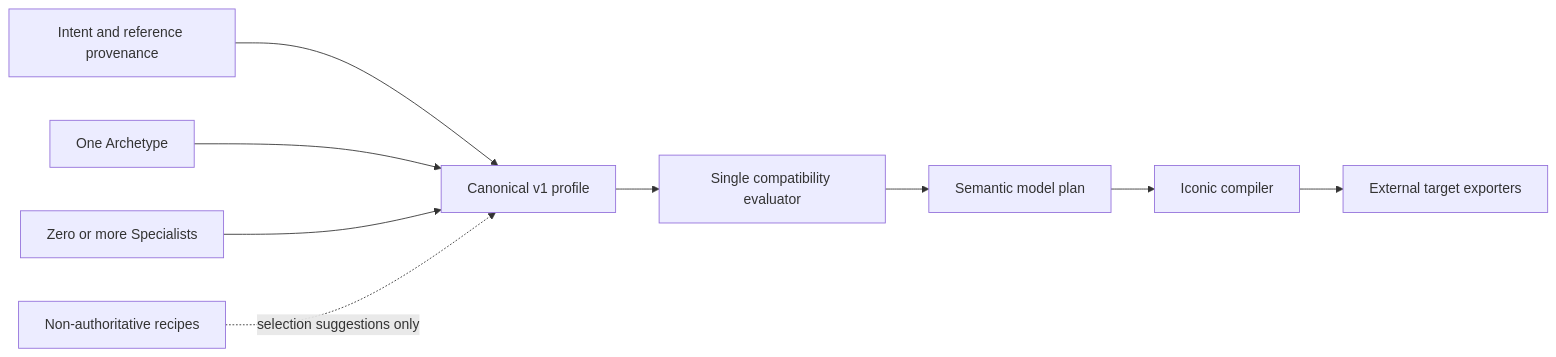
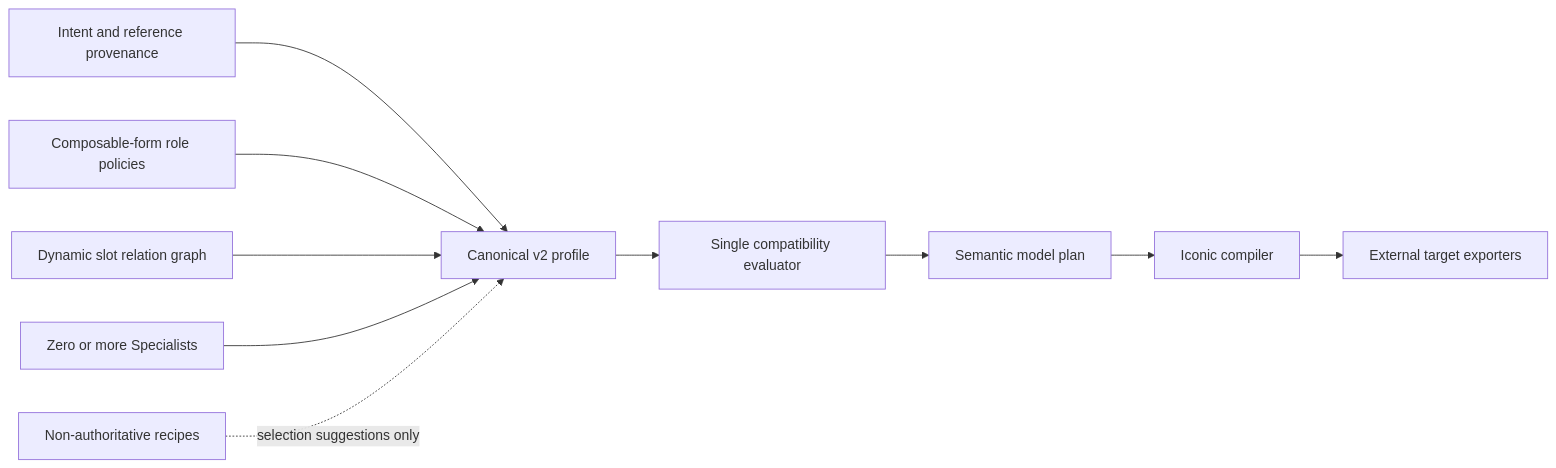
One commit to sigee-min/Ashfox changed the diagram in docs/architecture/authoring-authority-harness.md. Above: the diagram before and after it, drawn with Mermaid. The commit also changed other lines of this file and 47 other files, not shown here.

````diff
--- a/docs/architecture/authoring-authority-harness.md
+++ b/docs/architecture/authoring-authority-harness.md
@@ -21,11 +23,12 @@
 ```mermaid
 flowchart LR
-  I["Intent and reference provenance"] --> P["Canonical v1 profile"]
-  A["One Archetype"] --> P
+  I["Intent and reference provenance"] --> P["Canonical v2 profile"]
+  A["Composable-form role policies"] --> P
+  G["Dynamic slot relation graph"] --> P
   S["Zero or more Specialists"] --> P
   P --> E["Single compatibility evaluator"]
   E --> M["Semantic model plan"]
   M --> C["Iconic compiler"]
   C --> X["External target exporters"]
   R["Non-authoritative recipes"] -. "selection suggestions only" .-> P
 ```
````
